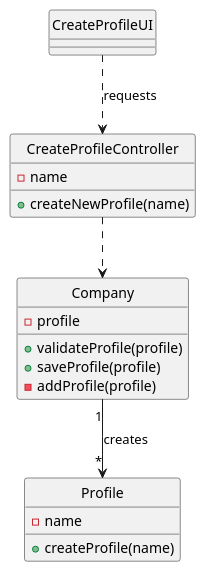
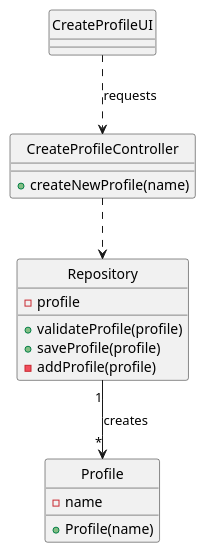
Before and after one commit to Loracline/project_switch_22-23: the diagram in docs/modelling_design/user_stories/us001/US001_Class_Diagram.puml, drawn with PlantUML. The commit also changed 1 other file, not shown here.

Commit message:
US001: Design : Refinement of sequence diagram and class diagram - change of nomenclatures (Use Case: to create a profile)

```diff
--- a/docs/modelling_design/user_stories/us001/US001_Class_Diagram.puml
+++ b/docs/modelling_design/user_stories/us001/US001_Class_Diagram.puml
@@ -1,33 +1,32 @@
 @startuml
 'https://plantuml.com/class-diagram
 
 class "Profile"{
 -name
-+createProfile(name)
++Profile(name)
 }
 
 class "CreateProfileController" {
--name
 +createNewProfile(name)
 }
 
 class "CreateProfileUI"{
 }
 
-class "Company"{
+class "Repository"{
 -profile
 +validateProfile(profile)
 +saveProfile(profile)
 -addProfile(profile)
 }
 
 hide "Profile" circle
 hide "CreateProfileController" circle
 hide "CreateProfileUI" circle
-hide "Company" circle
+hide "Repository" circle
 
 "CreateProfileUI" ..>  "CreateProfileController": requests
-"CreateProfileController" ..>  "Company"
-"Company" "1" --> "*" "Profile": creates
+"CreateProfileController" ..>  "Repository"
+"Repository" "1" --> "*" "Profile": creates
 
 @enduml
```
